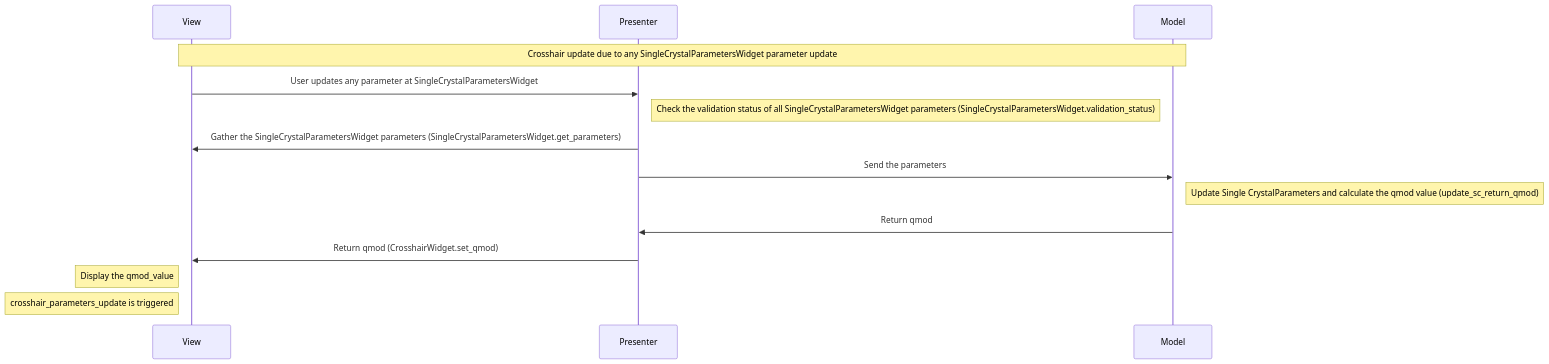
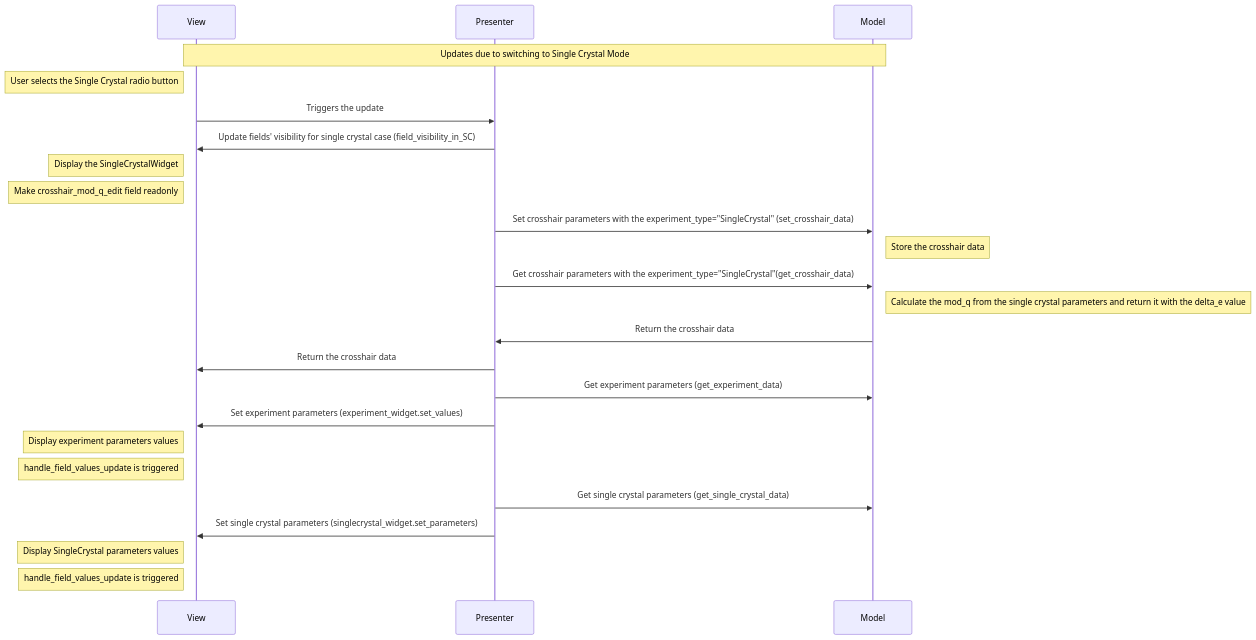
One commit to neutrons/hyspecppt changed diagram 14 of 14 in docs/source/design/hyspecpptclasses.rst. Above: the diagram before and after it, drawn with Mermaid. The commit also changed other lines of this file and 8 other files, not shown here.

```diff
--- a/docs/source/design/hyspecpptclasses.rst
+++ b/docs/source/design/hyspecpptclasses.rst
@@ -620,17 +431,27 @@
         .. mermaid::
 
             sequenceDiagram
                 participant View
                 participant Presenter
                 participant Model
 
-                Note over View,Model: Crosshair update due to any SingleCrystalParametersWidget parameter update
-                View->>Presenter: User updates any parameter at SingleCrystalParametersWidget
-                Note right of Presenter: Check the validation status of all SingleCrystalParametersWidget parameters (SingleCrystalParametersWidget.validation_status)
-                Presenter->>View: Gather the SingleCrystalParametersWidget parameters (SingleCrystalParametersWidget.get_parameters)
-                Presenter->>Model: Send the parameters
-                Note right of Model: Update Single CrystalParameters and calculate the qmod value (update_sc_return_qmod)
-                Model->>Presenter: Return qmod
-                Presenter->>View: Return qmod (CrosshairWidget.set_qmod)
-                Note left of View: Display the qmod_value
-                Note left of View: crosshair_parameters_update is triggered
+                Note over View,Model: Updates due to switching to Single Crystal Mode
+                Note left of View: User selects the Single Crystal radio button
+                View->>Presenter: Triggers the update
+                Presenter->>View: Update fields' visibility for single crystal case (field_visibility_in_SC)
+                Note left of View: Display the SingleCrystalWidget
+                Note left of View: Make crosshair_mod_q_edit field readonly
+                Presenter->>Model: Set crosshair parameters with the experiment_type="SingleCrystal" (set_crosshair_data)
+                Note right of Model: Store the crosshair data
+                Presenter->>Model: Get crosshair parameters with the experiment_type="SingleCrystal"(get_crosshair_data)
+                Note right of Model: Calculate the mod_q from the single crystal parameters and return it with the delta_e value
+                Model->>Presenter: Return the crosshair data
+                Presenter->>View: Return the crosshair data
+                Presenter->>Model: Get experiment parameters (get_experiment_data)
+                Presenter->>View: Set experiment parameters (experiment_widget.set_values)
+                Note left of View: Display experiment parameters values
+                Note left of View: handle_field_values_update is triggered
+                Presenter->>Model: Get single crystal parameters (get_single_crystal_data)
+                Presenter->>View: Set single crystal parameters (singlecrystal_widget.set_parameters)
+                Note left of View: Display SingleCrystal parameters values
+                Note left of View: handle_field_values_update is triggered
```
